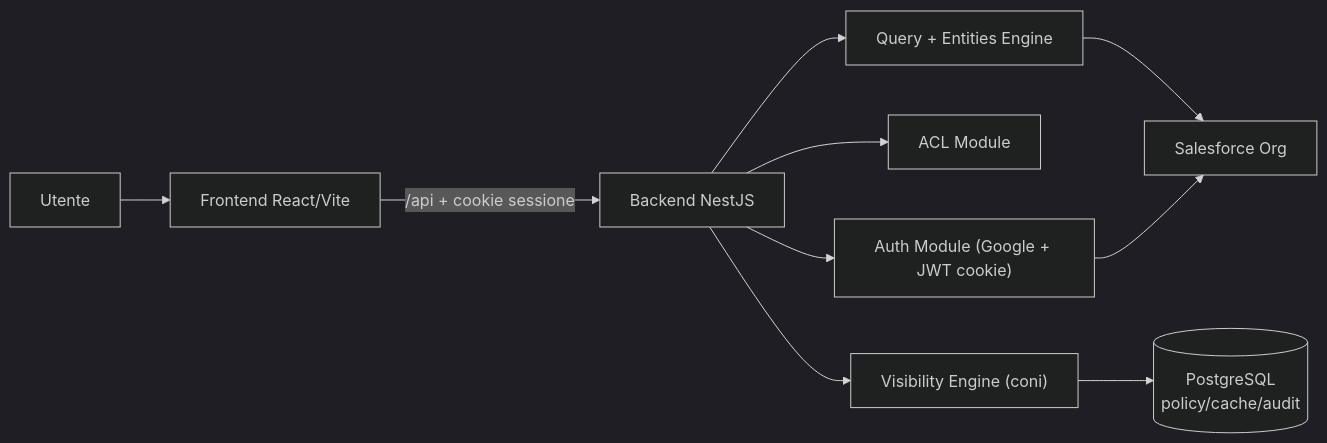
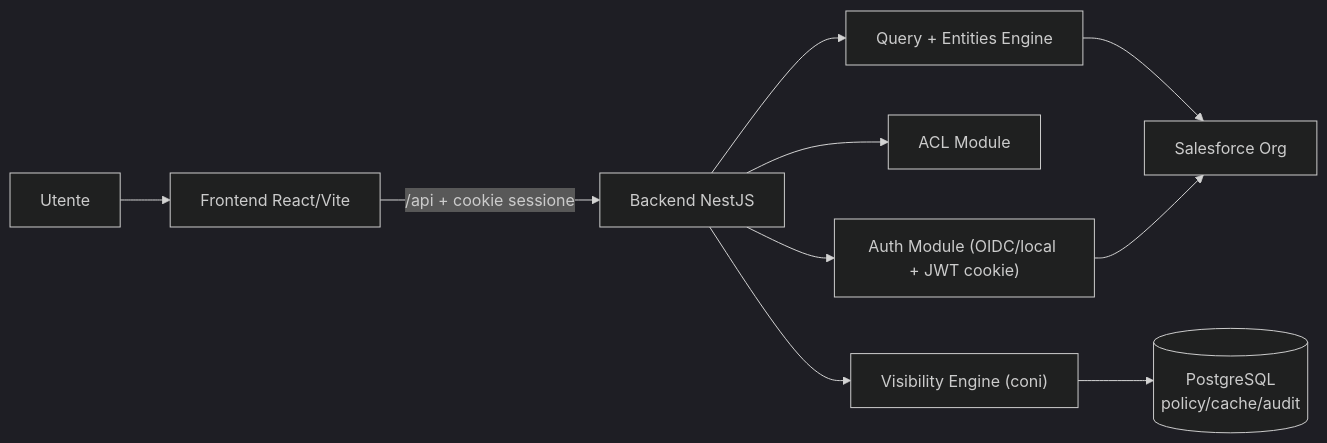
One commit to jsanchezcodestorm/sfdc-external changed the diagram in docs/architecture-overview.md. Above: the diagram before and after it, drawn with Mermaid (dark theme). The commit also changed other lines of this file and 44 other files, not shown here.

````diff
--- a/docs/architecture-overview.md
+++ b/docs/architecture-overview.md
@@ -25,12 +25,12 @@
 ```mermaid
 flowchart LR
   U["Utente"] --> FE["Frontend React/Vite"]
   FE -->|"/api + cookie sessione"| BE["Backend NestJS"]
-  BE --> AUTH["Auth Module (Google + JWT cookie)"]
+  BE --> AUTH["Auth Module (OIDC/local + JWT cookie)"]
   BE --> ACL["ACL Module"]
   BE --> QE["Query + Entities Engine"]
   BE --> VIS["Visibility Engine (coni)"]
   QE --> SF["Salesforce Org"]
   AUTH --> SF
   VIS --> PG[("PostgreSQL\npolicy/cache/audit")]
 ```
````
